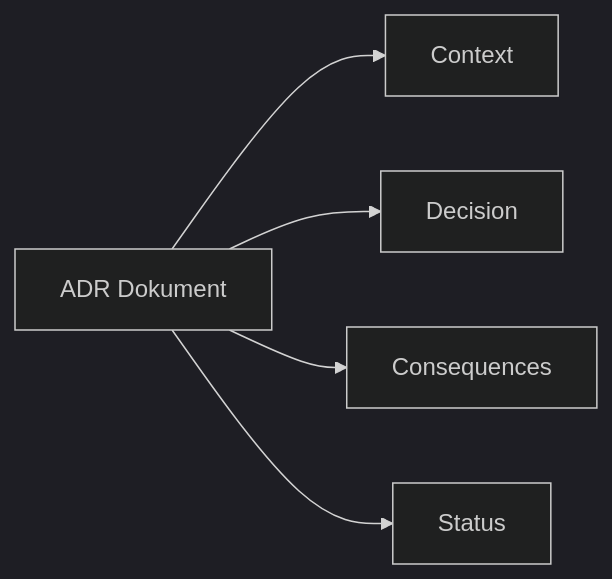
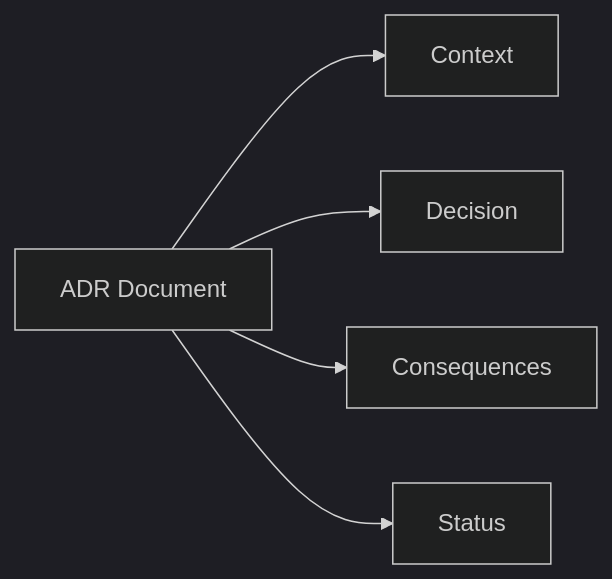
The diagram in docs/images/diagram_04_adr_structure.mmd (Geonitab/architecture_as_code), drawn with Mermaid (dark theme) before and after one commit. The commit also changed other lines of this file and 2 other files, not shown here.

Commit message:
Translate ADR diagrams to English

```diff
--- a/docs/images/diagram_04_adr_structure.mmd
+++ b/docs/images/diagram_04_adr_structure.mmd
@@ -1,5 +1,5 @@
 graph LR
-    ADR[ADR Dokument]:::kv-primary --> Context[Context]:::kv-highlight
+    ADR[ADR Document]:::kv-primary --> Context[Context]:::kv-highlight
     ADR --> Decision[Decision]:::kv-accent
     ADR --> Consequences[Consequences]:::kv-accent
     ADR --> Status[Status]:::kv-highlight
```
